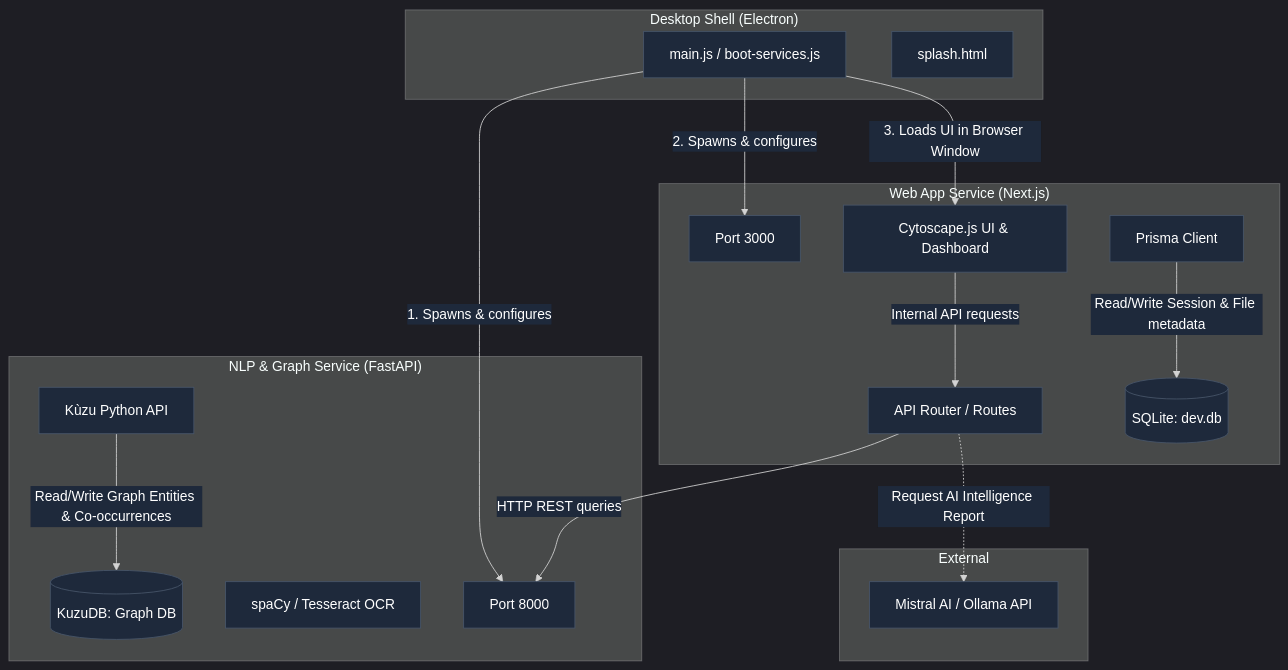
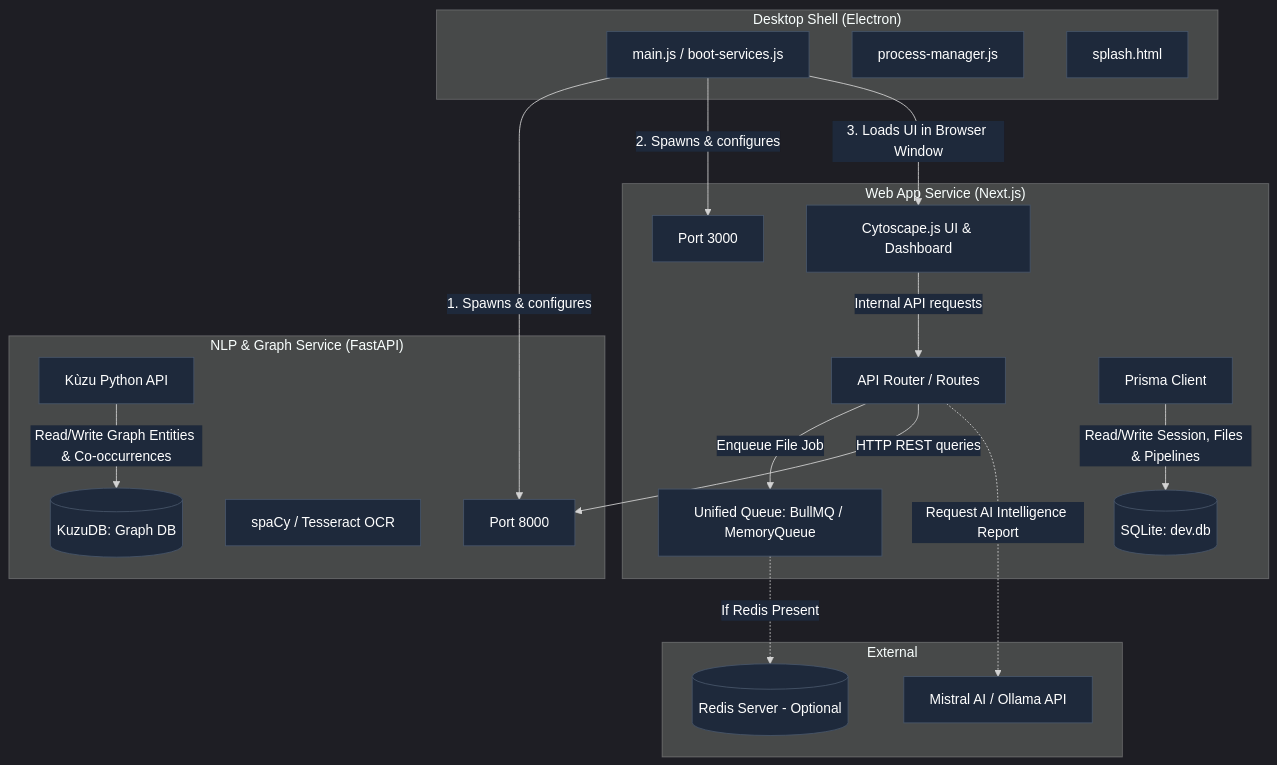
The first of 5 diagrams in wiki/9_Project_Architecture.md (therealmaxence/Hackmanite), drawn with Mermaid before and after one commit. The commit also changed other lines of this file, not shown here.

Commit message:
docs(wiki): update 9_Project_Architecture.md to reflect current codebase

````diff
--- a/wiki/9_Project_Architecture.md
+++ b/wiki/9_Project_Architecture.md
@@ -20,56 +21,64 @@
 ```mermaid
 %%{init: {'theme': 'dark', 'themeVariables': { 'textColor': '#ffffff', 'edgeLabelBackground': '#1e293b' }}}%%
 graph TB
     subgraph "Desktop Shell (Electron)"
         Main[main.js / boot-services.js]
+        ProcessMgr[process-manager.js]
         Splash[splash.html]
     end
 
     subgraph "Web App Service (Next.js)"
         WebPort[Port 3000]
         API[API Router / Routes]
         UI[Cytoscape.js UI & Dashboard]
+        Queue[Unified Queue: BullMQ / MemoryQueue]
         Prisma[Prisma Client]
         SQLite[(SQLite: dev.db)]
     end
 
     subgraph "NLP & Graph Service (FastAPI)"
         FastPort[Port 8000]
         spacy[spaCy / Tesseract OCR]
         kuzupy[Kùzu Python API]
         Kuzu[(KuzuDB: Graph DB)]
     end
 
     subgraph External
         LLM[Mistral AI / Ollama API]
+        Redis[(Redis Server - Optional)]
     end
 
     %% Boot process
     Main -->|1. Spawns & configures| FastPort
     Main -->|2. Spawns & configures| WebPort
     Main -->|3. Loads UI in Browser Window| UI
 
-    %% Web to NLP
+    %% Queue & Web to NLP
+    API -->|Enqueue File Job| Queue
+    Queue -.->|If Redis Present| Redis
     API -->|HTTP REST queries| FastPort
     UI -->|Internal API requests| API
 
     %% Databases
-    Prisma -->|Read/Write Session & File metadata| SQLite
+    Prisma -->|Read/Write Session, Files & Pipelines| SQLite
     kuzupy -->|Read/Write Graph Entities & Co-occurrences| Kuzu
 
     %% LLM calls
     API -.->|Request AI Intelligence Report| LLM
 
     style Main fill:#1e293b,stroke:#475569,stroke-width:1px,color:#fff
+    style ProcessMgr fill:#1e293b,stroke:#475569,stroke-width:1px,color:#fff
     style Splash fill:#1e293b,stroke:#475569,stroke-width:1px,color:#fff
     style WebPort fill:#1e293b,stroke:#475569,stroke-width:1px,color:#fff
     style API fill:#1e293b,stroke:#475569,stroke-width:1px,color:#fff
     style UI fill:#1e293b,stroke:#475569,stroke-width:1px,color:#fff
+    style Queue fill:#1e293b,stroke:#475569,stroke-width:1px,color:#fff
     style Prisma fill:#1e293b,stroke:#475569,stroke-width:1px,color:#fff
     style SQLite fill:#1e293b,stroke:#475569,stroke-width:1px,color:#fff
     style FastPort fill:#1e293b,stroke:#475569,stroke-width:1px,color:#fff
     style spacy fill:#1e293b,stroke:#475569,stroke-width:1px,color:#fff
     style kuzupy fill:#1e293b,stroke:#475569,stroke-width:1px,color:#fff
     style Kuzu fill:#1e293b,stroke:#475569,stroke-width:1px,color:#fff
     style LLM fill:#1e293b,stroke:#475569,stroke-width:1px,color:#fff
+    style Redis fill:#1e293b,stroke:#475569,stroke-width:1px,color:#fff
 ```
````
